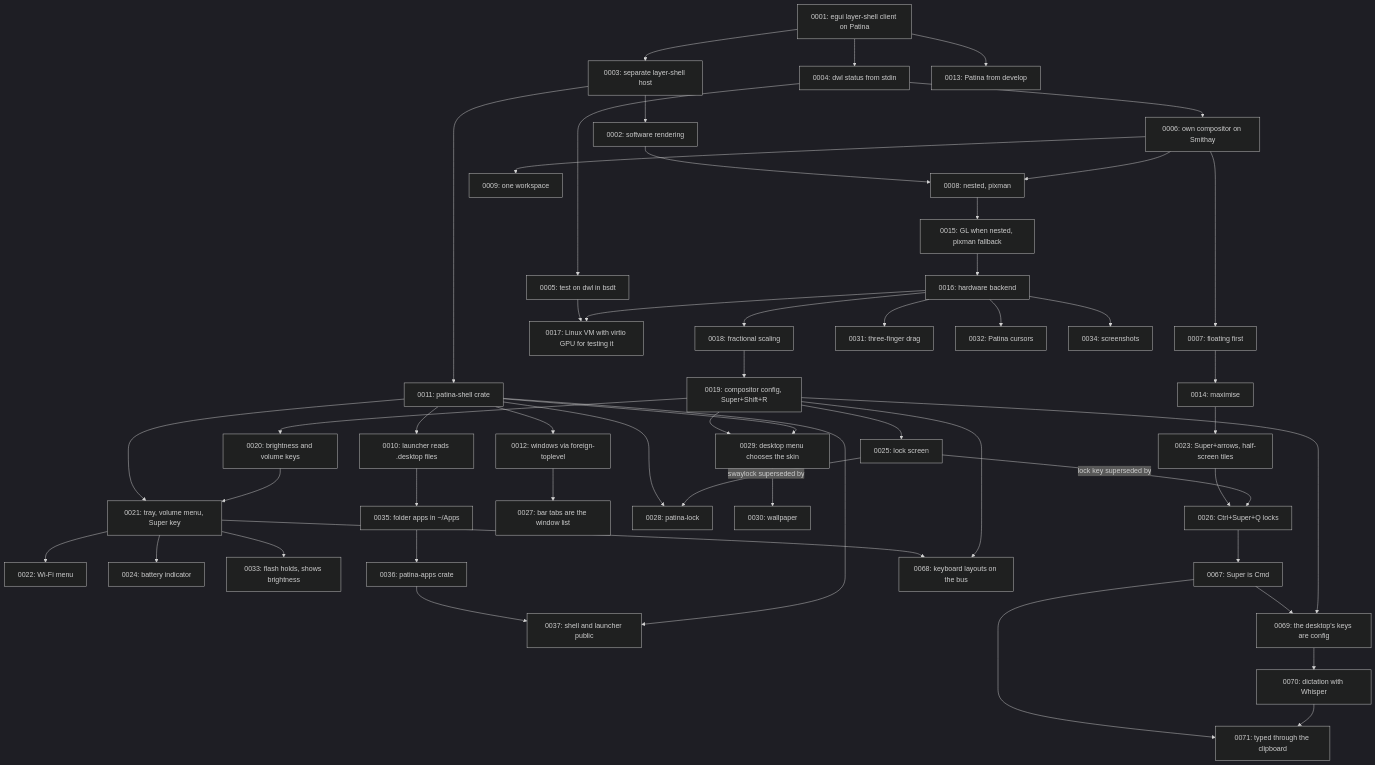
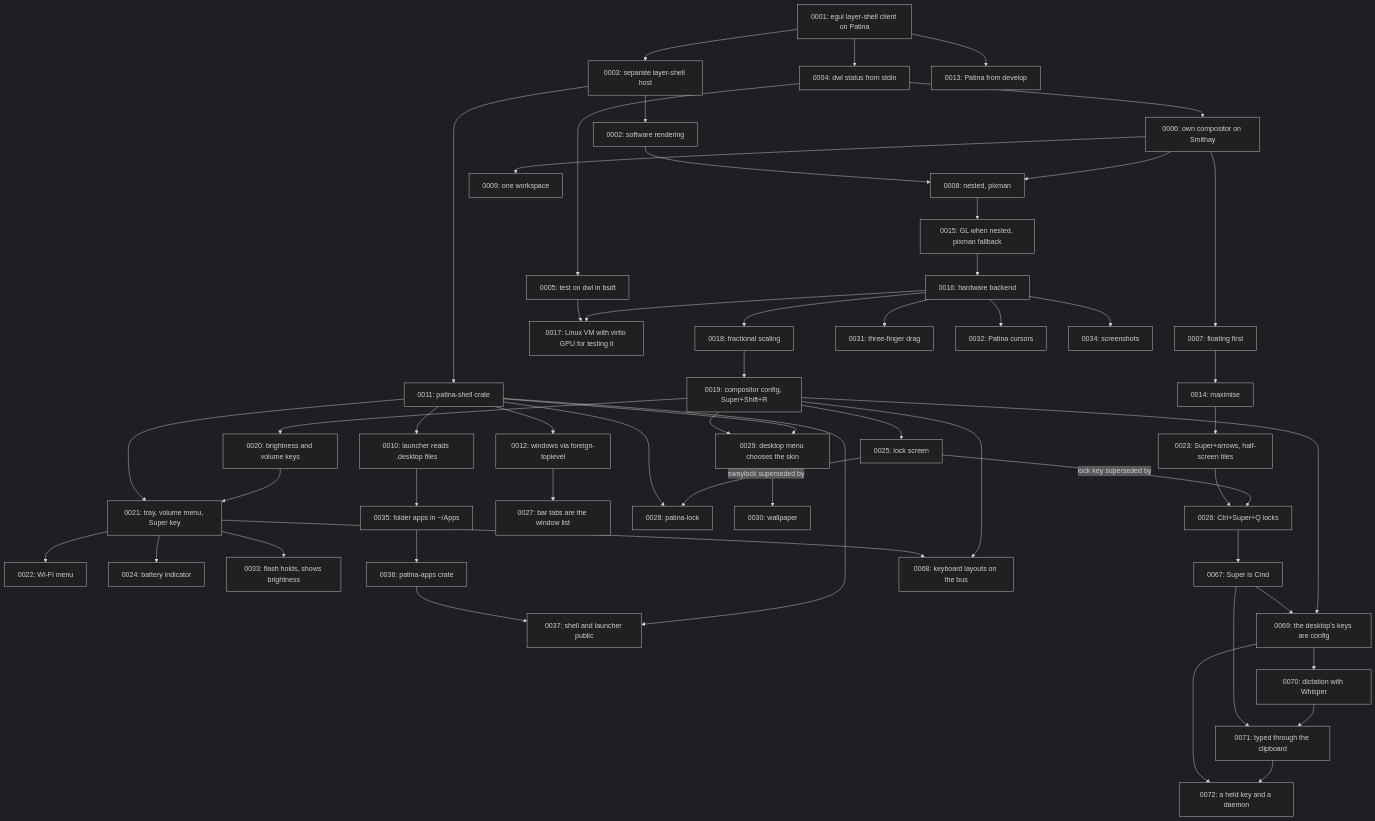
The diagram in docs/adr/README.md (Sector-F-Labs/patina-desktop), drawn with Mermaid (dark theme) before and after one commit. The commit also changed other lines of this file and 18 other files, not shown here.

````diff
--- a/docs/adr/README.md
+++ b/docs/adr/README.md
@@ -119,54 +120,56 @@
 ```mermaid
 flowchart TD
     A[0001: egui layer-shell client on Patina] --> B[0003: separate layer-shell host]
     B --> C[0002: software rendering]
     A --> D[0004: dwl status from stdin]
     D --> E[0005: test on dwl in bsdt]
     D --> F[0006: own compositor on Smithay]
     F --> G[0007: floating first]
     G --> N[0014: maximise]
     N --> W[0023: Super+arrows, half-screen tiles]
     F --> H[0008: nested, pixman]
     H --> O[0015: GL when nested, pixman fallback]
     O --> P[0016: hardware backend]
     P --> Q[0017: Linux VM with virtio GPU for testing it]
     P --> R[0018: fractional scaling]
     R --> S[0019: compositor config, Super+Shift+R]
     S --> T[0020: brightness and volume keys]
     S --> Y[0025: lock screen]
     Y -->|lock key superseded by| Z[0026: Ctrl+Super+Q locks]
     W --> Z
     T --> U[0021: tray, volume menu, Super key]
     U --> V[0022: Wi-Fi menu]
     U --> X[0024: battery indicator]
     K --> U
     E --> Q
     C --> H
     F --> I[0009: one workspace]
     B --> K[0011: patina-shell crate]
     K --> J[0010: launcher reads .desktop files]
     K --> L[0012: windows via foreign-toplevel]
     L --> AA[0027: bar tabs are the window list]
     Y -->|swaylock superseded by| AB[0028: patina-lock]
     K --> AB
     K --> AC[0029: desktop menu chooses the skin]
     S --> AC
     AC --> AD[0030: wallpaper]
     P --> AE[0031: three-finger drag]
     P --> AF[0032: Patina cursors]
     U --> AG[0033: flash holds, shows brightness]
     P --> AH[0034: screenshots]
     J --> AI[0035: folder apps in ~/Apps]
     AI --> AJ[0036: patina-apps crate]
     K --> AK[0037: shell and launcher public]
     AJ --> AK
     A --> M[0013: Patina from develop]
     Z --> CMD[0067: Super is Cmd]
     S --> KB[0068: keyboard layouts on the bus]
     U --> KB
     S --> KEYS[0069: the desktop's keys are config]
     CMD --> KEYS
     KEYS --> DICT[0070: dictation with Whisper]
     DICT --> TYPE[0071: typed through the clipboard]
     CMD --> TYPE
+    TYPE --> HOLD[0072: a held key and a daemon]
+    KEYS --> HOLD
 ```
````
